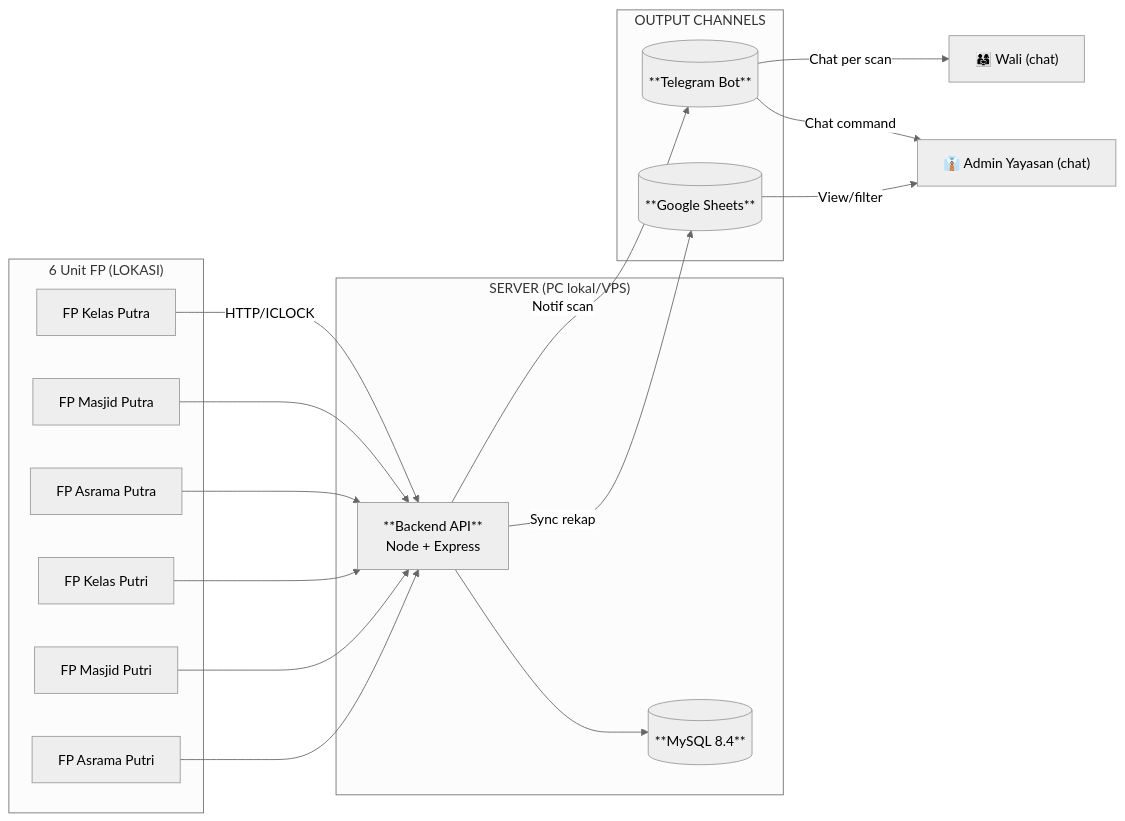
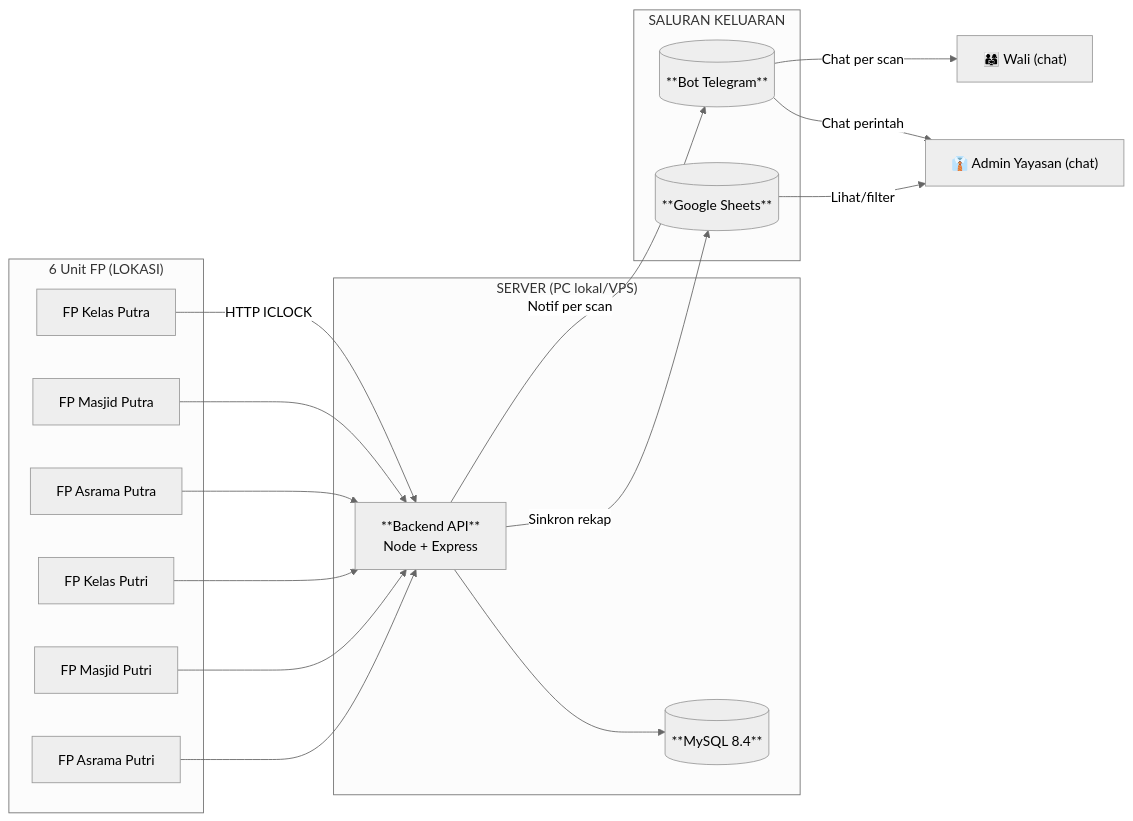
Before and after one commit to RaiKanaeru/ai-agents-vault: the first of 3 diagrams in 20-Projects/01-absensi-finger/03-NO-WEB-SOLUTION.md, drawn with Mermaid (neutral theme). The commit also changed other lines of this file and 41 other files, not shown here.

````diff
--- a/20-Projects/01-absensi-finger/03-NO-WEB-SOLUTION.md
+++ b/20-Projects/01-absensi-finger/03-NO-WEB-SOLUTION.md
@@ -28,37 +29,37 @@
 ```mermaid
 flowchart LR
     subgraph TITIK["6 Unit FP (LOKASI)"]
         FP1[FP Kelas Putra]
         FP2[FP Masjid Putra]
         FP3[FP Asrama Putra]
         FP4[FP Kelas Putri]
         FP5[FP Masjid Putri]
         FP6[FP Asrama Putri]
     end
 
     subgraph SERVER["SERVER (PC lokal/VPS)"]
         API["**Backend API**<br/>Node + Express"]
         DB[("**MySQL 8.4**")]
     end
 
-    subgraph OUT["OUTPUT CHANNELS"]
-        TG[("**Telegram Bot**")]
+    subgraph SALURAN["SALURAN KELUARAN"]
+        TG[("**Bot Telegram**")]
         SH[("**Google Sheets**")]
     end
 
     WALI["👨‍👩‍👧 Wali (chat)"]
     ADMIN["👔 Admin Yayasan (chat)"]
 
-    FP1 -->|HTTP/ICLOCK| API
+    FP1 -->|"HTTP ICLOCK"| API
     FP2 --> API
     FP3 --> API
     FP4 --> API
     FP5 --> API
     FP6 --> API
     API --> DB
-    API -->|Notif scan| TG
-    API -->|Sync rekap| SH
-    TG -->|Chat per scan| WALI
-    TG -->|Chat command| ADMIN
-    SH -->|View/filter| ADMIN
+    API -->|"Notif per scan"| TG
+    API -->|"Sinkron rekap"| SH
+    TG -->|"Chat per scan"| WALI
+    TG -->|"Chat perintah"| ADMIN
+    SH -->|"Lihat/filter"| ADMIN
 ```
````
